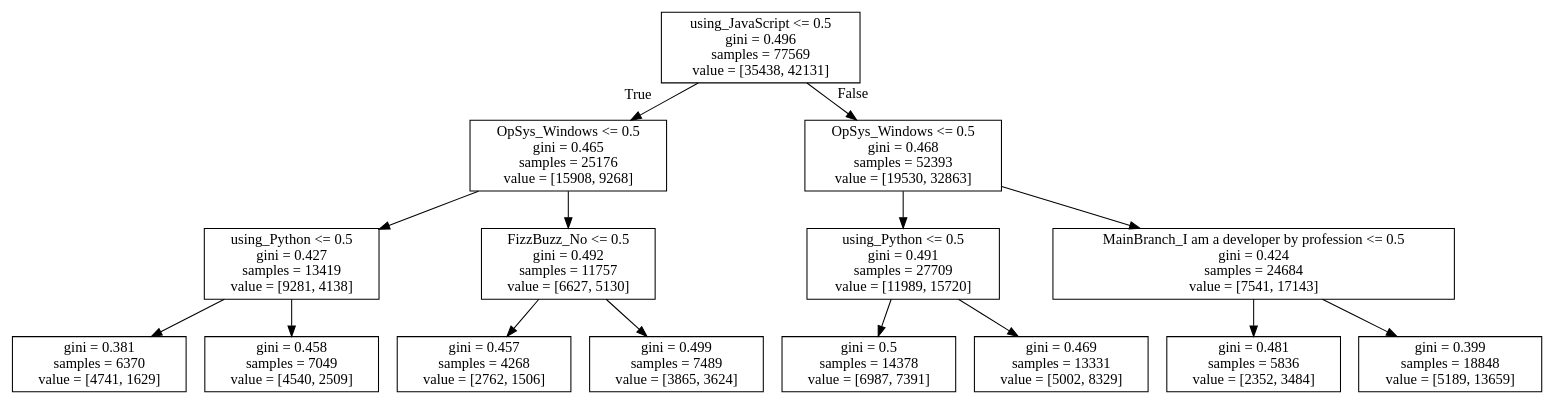
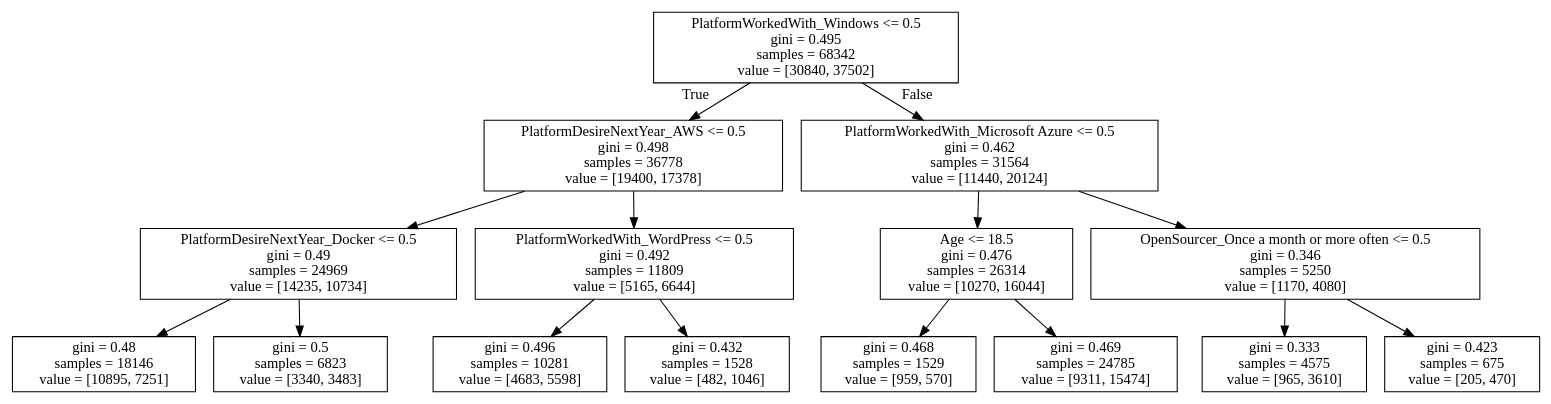
One commit to mauritsl/programming-languages changed the diagram in output/using_SQL.dot. Above: the diagram before and after it, drawn with Graphviz. The commit also changed 19 other files, not shown here.

```diff
--- a/output/using_SQL.dot
+++ b/output/using_SQL.dot
@@ -1,32 +1,32 @@
 digraph Tree {
 node [shape=box] ;
-0 [label="using_JavaScript <= 0.5\ngini = 0.496\nsamples = 77569\nvalue = [35438, 42131]"] ;
-1 [label="OpSys_Windows <= 0.5\ngini = 0.465\nsamples = 25176\nvalue = [15908, 9268]"] ;
+0 [label="PlatformWorkedWith_Windows <= 0.5\ngini = 0.495\nsamples = 68342\nvalue = [30840, 37502]"] ;
+1 [label="PlatformDesireNextYear_AWS <= 0.5\ngini = 0.498\nsamples = 36778\nvalue = [19400, 17378]"] ;
 0 -> 1 [labeldistance=2.5, labelangle=45, headlabel="True"] ;
-2 [label="using_Python <= 0.5\ngini = 0.427\nsamples = 13419\nvalue = [9281, 4138]"] ;
+2 [label="PlatformDesireNextYear_Docker <= 0.5\ngini = 0.49\nsamples = 24969\nvalue = [14235, 10734]"] ;
 1 -> 2 ;
-3 [label="gini = 0.381\nsamples = 6370\nvalue = [4741, 1629]"] ;
+3 [label="gini = 0.48\nsamples = 18146\nvalue = [10895, 7251]"] ;
 2 -> 3 ;
-4 [label="gini = 0.458\nsamples = 7049\nvalue = [4540, 2509]"] ;
+4 [label="gini = 0.5\nsamples = 6823\nvalue = [3340, 3483]"] ;
 2 -> 4 ;
-5 [label="FizzBuzz_No <= 0.5\ngini = 0.492\nsamples = 11757\nvalue = [6627, 5130]"] ;
+5 [label="PlatformWorkedWith_WordPress <= 0.5\ngini = 0.492\nsamples = 11809\nvalue = [5165, 6644]"] ;
 1 -> 5 ;
-6 [label="gini = 0.457\nsamples = 4268\nvalue = [2762, 1506]"] ;
+6 [label="gini = 0.496\nsamples = 10281\nvalue = [4683, 5598]"] ;
 5 -> 6 ;
-7 [label="gini = 0.499\nsamples = 7489\nvalue = [3865, 3624]"] ;
+7 [label="gini = 0.432\nsamples = 1528\nvalue = [482, 1046]"] ;
 5 -> 7 ;
-8 [label="OpSys_Windows <= 0.5\ngini = 0.468\nsamples = 52393\nvalue = [19530, 32863]"] ;
+8 [label="PlatformWorkedWith_Microsoft Azure <= 0.5\ngini = 0.462\nsamples = 31564\nvalue = [11440, 20124]"] ;
 0 -> 8 [labeldistance=2.5, labelangle=-45, headlabel="False"] ;
-9 [label="using_Python <= 0.5\ngini = 0.491\nsamples = 27709\nvalue = [11989, 15720]"] ;
+9 [label="Age <= 18.5\ngini = 0.476\nsamples = 26314\nvalue = [10270, 16044]"] ;
 8 -> 9 ;
-10 [label="gini = 0.5\nsamples = 14378\nvalue = [6987, 7391]"] ;
+10 [label="gini = 0.468\nsamples = 1529\nvalue = [959, 570]"] ;
 9 -> 10 ;
-11 [label="gini = 0.469\nsamples = 13331\nvalue = [5002, 8329]"] ;
+11 [label="gini = 0.469\nsamples = 24785\nvalue = [9311, 15474]"] ;
 9 -> 11 ;
-12 [label="MainBranch_I am a developer by profession <= 0.5\ngini = 0.424\nsamples = 24684\nvalue = [7541, 17143]"] ;
+12 [label="OpenSourcer_Once a month or more often <= 0.5\ngini = 0.346\nsamples = 5250\nvalue = [1170, 4080]"] ;
 8 -> 12 ;
-13 [label="gini = 0.481\nsamples = 5836\nvalue = [2352, 3484]"] ;
+13 [label="gini = 0.333\nsamples = 4575\nvalue = [965, 3610]"] ;
 12 -> 13 ;
-14 [label="gini = 0.399\nsamples = 18848\nvalue = [5189, 13659]"] ;
+14 [label="gini = 0.423\nsamples = 675\nvalue = [205, 470]"] ;
 12 -> 14 ;
 }
```
